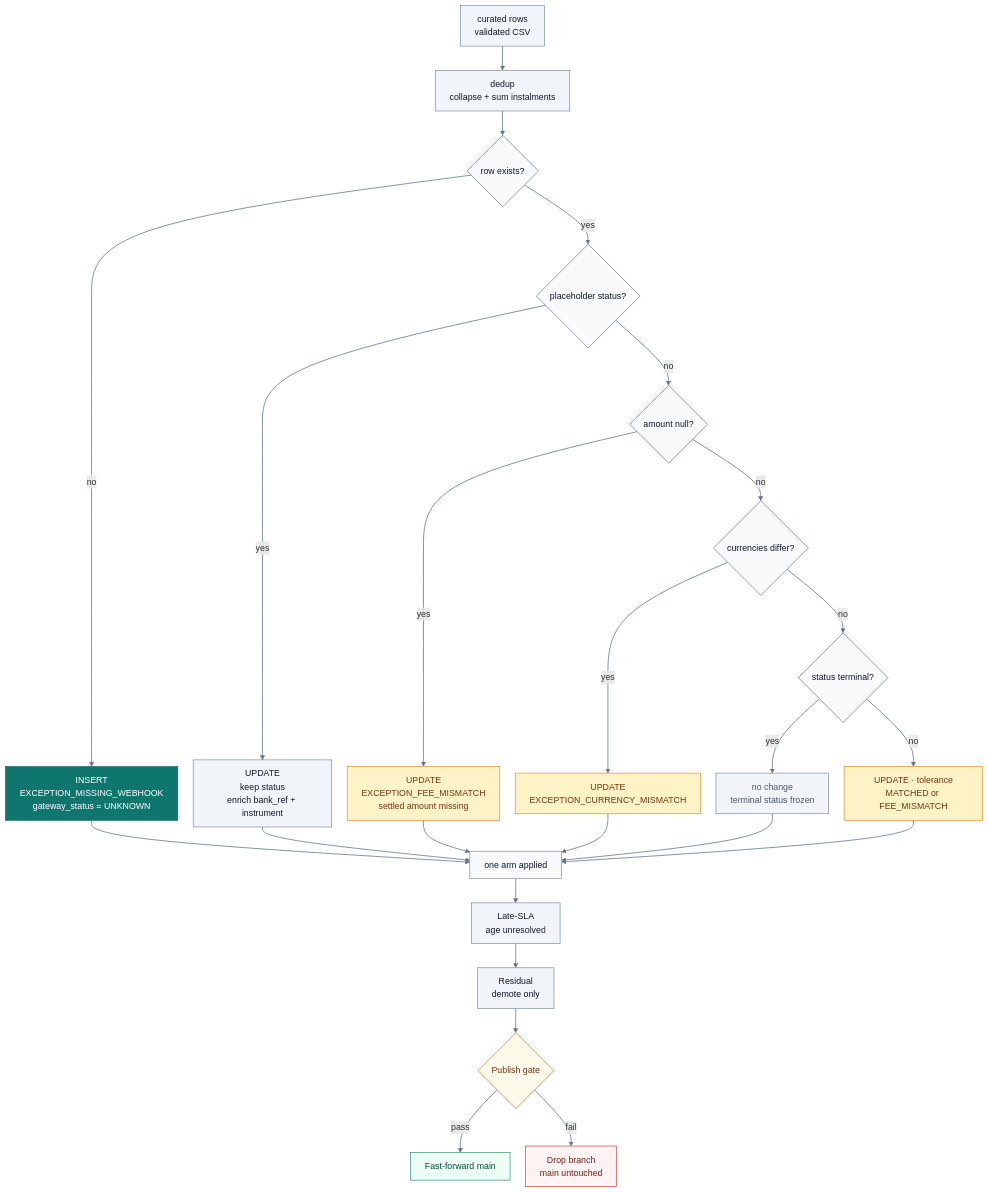
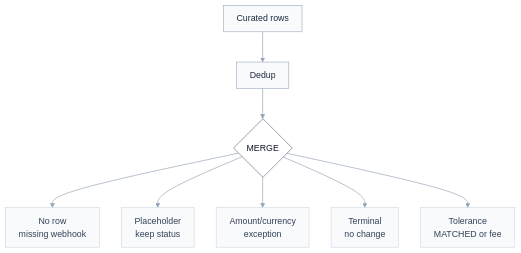
Before and after one commit to DhanushPillay/tx-recon: the second of 2 diagrams in docs/ARCHITECTURE.md, drawn with Mermaid. The commit also changed other lines of this file and 1 other file, not shown here.

Commit message:
docs: simplify the diagrams to three compact views
The README had two diagrams for one idea. Keep one context diagram with three sources, the table, and the reader. Drop the edge labels: they rendered as low-contrast pills and the prose already names the verbs.

The architecture page gets a container view with the publish gate and a flat MERGE outcomes fan-out instead of the tall tree. Conditions live in the outcome nodes; the exact arm details stay in the prose. The palette is neutral with one teal accent, and every node names its text color.

````diff
--- a/docs/ARCHITECTURE.md
+++ b/docs/ARCHITECTURE.md
@@ -45,46 +50,19 @@
 ```mermaid
-%%{init: {"look": "classic", "layout": "dagre", "flowchart": {"curve": "basis", "nodeSpacing": 28, "rankSpacing": 44, "padding": 13, "useMaxWidth": true}}}%%
+%%{init: {"look": "classic", "layout": "dagre", "flowchart": {"curve": "basis", "nodeSpacing": 40, "rankSpacing": 55, "padding": 12, "useMaxWidth": true}}}%%
 flowchart TB
-  accTitle: MERGE decision tree
-  accDescr: Rows without a webhook insert a missing-webhook row; existing rows update by placeholder, missing amount, currency, or tolerance; then late-SLA, residual, and the publish gate decide.
+  accTitle: MERGE outcomes
+  accDescr: Each curated row takes exactly one arm: insert, keep status, exception, no change, or a tolerance update.
 
-  IN["curated rows<br/>validated CSV"]:::process --> DD["dedup<br/>collapse + sum instalments"]:::process
-  DD --> C1{"row exists?"}:::decision
+  IN["Curated rows"]:::src --> DD["Dedup"]:::proc --> M{"MERGE"}:::dec
+  M --> I["No row<br/>missing webhook"]:::out
+  M --> K["Placeholder<br/>keep status"]:::out
+  M --> E["Amount/currency<br/>exception"]:::out
+  M --> N["Terminal<br/>no change"]:::out
+  M --> T["Tolerance<br/>MATCHED or fee"]:::out
 
-  C1 -->|"no"| A1["INSERT<br/>EXCEPTION_MISSING_WEBHOOK<br/>gateway_status = UNKNOWN"]:::insert
-  C1 -->|"yes"| C2{"placeholder status?"}:::decision
-
-  C2 -->|"yes"| A2["UPDATE<br/>keep status<br/>enrich bank_ref + instrument"]:::process
-  C2 -->|"no"| C3{"amount null?"}:::decision
-
-  C3 -->|"yes"| A3["UPDATE<br/>EXCEPTION_FEE_MISMATCH<br/>settled amount missing"]:::warn
-  C3 -->|"no"| C4{"currencies differ?"}:::decision
-
-  C4 -->|"yes"| A4["UPDATE<br/>EXCEPTION_CURRENCY_MISMATCH"]:::warn
-  C4 -->|"no"| C5{"status terminal?"}:::decision
-
-  C5 -->|"yes"| A5["no change<br/>terminal status frozen"]:::frozen
-  C5 -->|"no"| A6["UPDATE · tolerance<br/>MATCHED or FEE_MISMATCH"]:::warn
-
-  A1 --> DONE["one arm applied"]:::junction
-  A2 --> DONE
-  A3 --> DONE
-  A4 --> DONE
-  A5 --> DONE
-  A6 --> DONE
-
-  DONE --> L["Late-SLA<br/>age unresolved"]:::process --> RS["Residual<br/>demote only"]:::process --> G{"Publish gate"}:::gate
-  G -->|"pass"| P["Fast-forward main"]:::publish
-  G -->|"fail"| X["Drop branch<br/>main untouched"]:::dead
-
-  classDef gate fill:#FFFBEB,stroke:#B45309,color:#78350F,stroke-width:1px;
-  classDef insert fill:#0F766E,stroke:#0B5F58,color:#FFFFFF,stroke-width:1px;
-  classDef warn fill:#FEF3C7,stroke:#D97706,color:#78350F,stroke-width:1px;
-  classDef frozen fill:#F1F5F9,stroke:#64748B,color:#475569,stroke-width:1px;
-  classDef junction fill:#F8FAFC,stroke:#64748B,color:#0F172A,stroke-width:1px;
-  classDef process fill:#F1F5F9,stroke:#64748B,color:#0F172A,stroke-width:1px;
-  classDef decision fill:#F8FAFC,stroke:#475569,color:#0F172A,stroke-width:1px;
-  classDef publish fill:#ECFDF5,stroke:#047857,color:#064E3B,stroke-width:1px;
-  classDef dead fill:#FEF2F2,stroke:#B91C1C,color:#7F1D1D,stroke-width:1px;
-  linkStyle default stroke:#64748B,stroke-width:1.4px;
+  classDef src fill:#F8FAFC,stroke:#94A3B8,color:#1E293B,stroke-width:1px;
+  classDef proc fill:#F8FAFC,stroke:#94A3B8,color:#1E293B,stroke-width:1px;
+  classDef dec fill:#FFFFFF,stroke:#475569,color:#0F172A,stroke-width:1px;
+  classDef out fill:#F8FAFC,stroke:#CBD5E1,color:#334155,stroke-width:1px;
+  linkStyle default stroke:#94A3B8,stroke-width:1.2px;
 ```
````
